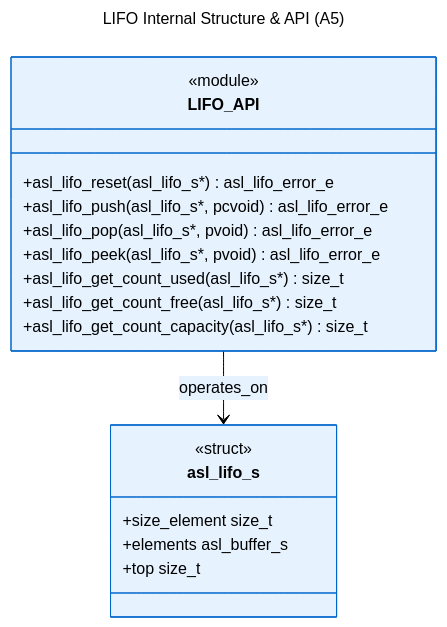
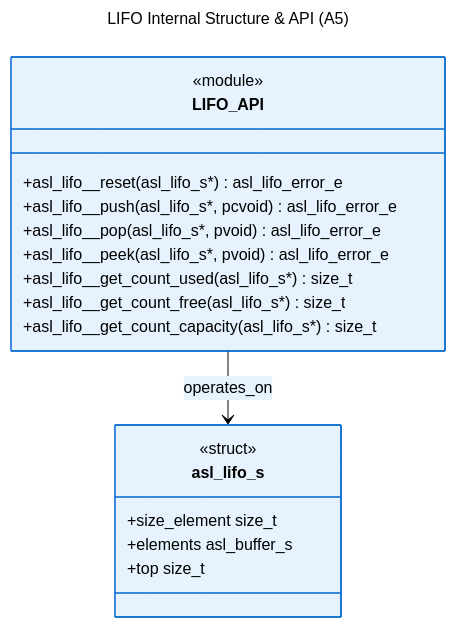
One commit to ABD-01/quantum-harmony changed the first of 2 diagrams in architecture/logical_view_lifo_overview.md. Above: the diagram before and after it, drawn with Mermaid. The commit also changed other lines of this file and 67 other files, not shown here.

````diff
--- a/architecture/logical_view_lifo_overview.md
+++ b/architecture/logical_view_lifo_overview.md
@@ -35,41 +35,41 @@
 ```mermaid
 ---
 title: LIFO Internal Structure & API (A5)
 config:
   theme: base
   themeVariables:
     background: "#ffffff"
     primaryColor: "#e6f3ff"
     primaryTextColor: "#000000"
     primaryBorderColor: "#0066cc"
     lineColor: "#000000"
     secondaryColor: "#f0f0f0"
     tertiaryColor: "#cccccc"
 ---
 classDiagram
     class asl_lifo_s {
         <<struct>>
         +size_element size_t
         +elements asl_buffer_s
         +top size_t
     }
     
     class LIFO_API {
         <<module>>
-        +asl_lifo_reset(asl_lifo_s*) asl_lifo_error_e
-        +asl_lifo_push(asl_lifo_s*, pcvoid) asl_lifo_error_e
-        +asl_lifo_pop(asl_lifo_s*, pvoid) asl_lifo_error_e
-        +asl_lifo_peek(asl_lifo_s*, pvoid) asl_lifo_error_e
-        +asl_lifo_get_count_used(asl_lifo_s*) size_t
-        +asl_lifo_get_count_free(asl_lifo_s*) size_t
-        +asl_lifo_get_count_capacity(asl_lifo_s*) size_t
+        +asl_lifo__reset(asl_lifo_s*) asl_lifo_error_e
+        +asl_lifo__push(asl_lifo_s*, pcvoid) asl_lifo_error_e
+        +asl_lifo__pop(asl_lifo_s*, pvoid) asl_lifo_error_e
+        +asl_lifo__peek(asl_lifo_s*, pvoid) asl_lifo_error_e
+        +asl_lifo__get_count_used(asl_lifo_s*) size_t
+        +asl_lifo__get_count_free(asl_lifo_s*) size_t
+        +asl_lifo__get_count_capacity(asl_lifo_s*) size_t
     }
     
     LIFO_API --> asl_lifo_s : operates_on
     
     classDef lifo fill:#fff2e6,stroke:#cc6600,stroke-width:2px
     classDef api fill:#ffe6cc,stroke:#cc6600,stroke-width:2px
     
     class asl_lifo_s:::lifo
     class LIFO_API:::api
 ```
````
